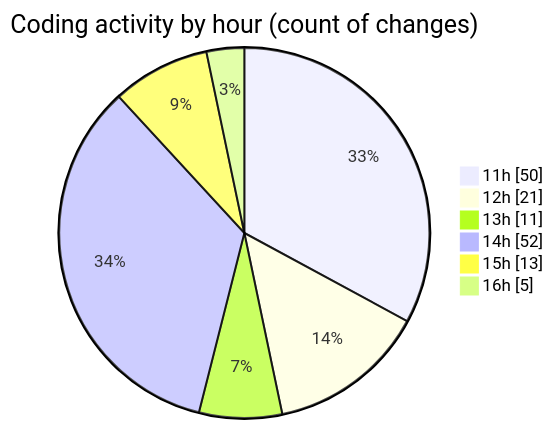
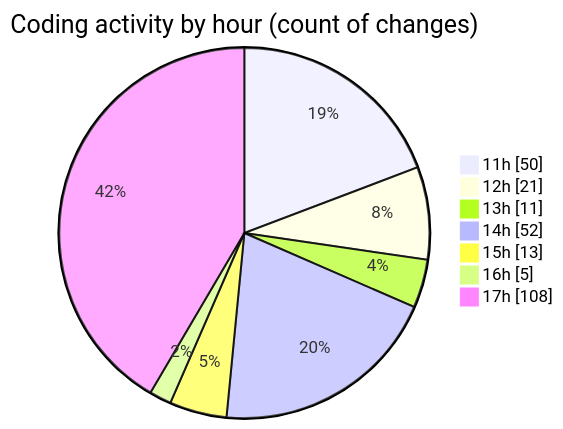
Before and after one commit to tmsrecording-cyber/code-tracking: the second of 2 diagrams in 2026-02-06/singularitybrainai/README.md, drawn with Mermaid. The commit also changed other lines of this file and 1 other file, not shown here.

````diff
--- a/2026-02-06/singularitybrainai/README.md
+++ b/2026-02-06/singularitybrainai/README.md
@@ -42,10 +43,11 @@
 ```mermaid
 pie showData
 title Coding activity by hour (count of changes)
 "11h" : 50
 "12h" : 21
 "13h" : 11
 "14h" : 52
 "15h" : 13
 "16h" : 5
+"17h" : 108
 ```
````
